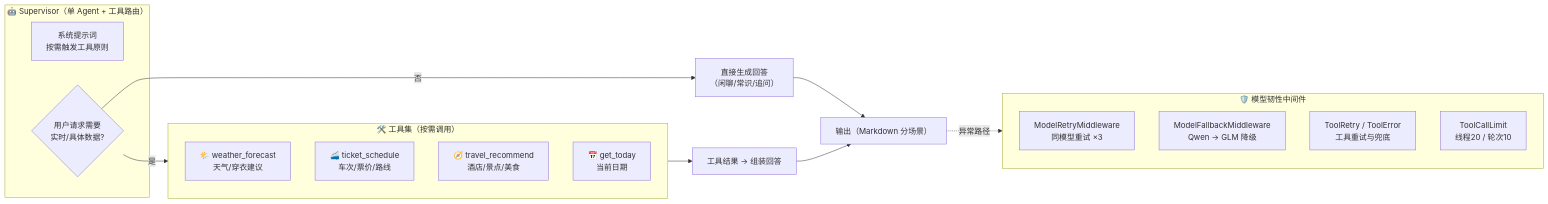
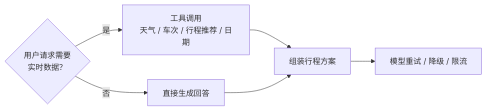
Before and after one commit to Luoqiaocong/voyage: the third of 5 diagrams in README.md, drawn with Mermaid. The commit also changed other lines of this file, not shown here.

````diff
--- a/README.md
+++ b/README.md
@@ -178,29 +164,11 @@
 ```mermaid
 flowchart LR
-    subgraph Supervisor["🤖 Supervisor（单 Agent + 工具路由）"]
-        P["系统提示词<br/>按需触发工具原则"]
-        DEC{"用户请求需要<br/>实时/具体数据?"}
-    end
+    DEC{"用户请求需要<br/>实时数据？"}
 
-    DEC -->|"是"| TOOLS
-    DEC -->|"否"| ANSWER["直接生成回答<br/>（闲聊/常识/追问）"]
+    DEC -->|"是"| TOOLS["工具调用<br/>天气 / 车次 / 行程推荐 / 日期"]
+    DEC -->|"否"| ANSWER["直接生成回答"]
 
-    subgraph TOOLS["🛠️ 工具集（按需调用）"]
-        W["🌤️ weather_forecast<br/>天气/穿衣建议"]
-        T["🚄 ticket_schedule<br/>车次/票价/路线"]
-        REC["🧭 travel_recommend<br/>酒店/景点/美食"]
-        D["📅 get_today<br/>当前日期"]
-    end
-
-    TOOLS --> RESULT["工具结果 → 组装回答"]
-    ANSWER --> OUT["输出（Markdown 分场景）"]
-    RESULT --> OUT
-
-    subgraph RESILIENCE["🛡️ 模型韧性中间件"]
-        M1["ModelRetryMiddleware<br/>同模型重试 ×3"]
-        M2["ModelFallbackMiddleware<br/>Qwen → GLM 降级"]
-        M3["ToolRetry / ToolError<br/>工具重试与兜底"]
-        M4["ToolCallLimit<br/>线程20 / 轮次10"]
-    end
-    OUT -.->|"异常路径"| RESILIENCE
+    TOOLS --> OUT["组装行程方案"]
+    ANSWER --> OUT
+    OUT --> RESILIENCE["模型重试 / 降级 / 限流"]
 ```
````
